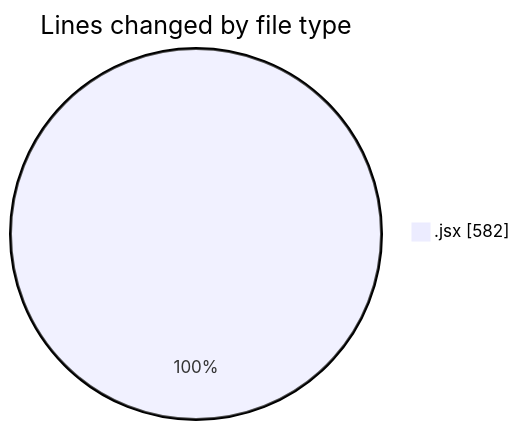
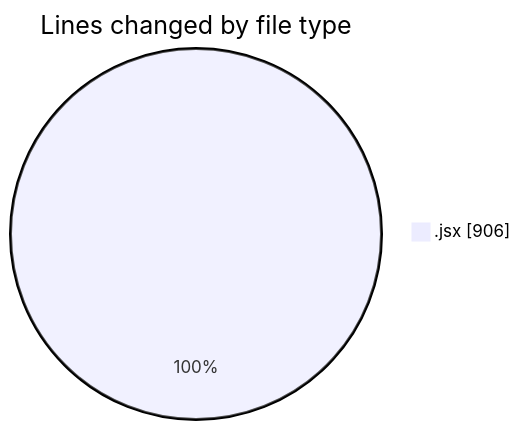
One commit to nxtqubesakshisongat/code-tracking changed the first of 2 diagrams in 2025-07-03/argos/README.md. Above: the diagram before and after it, drawn with Mermaid. The commit also changed other lines of this file and 1 other file, not shown here.

````diff
--- a/2025-07-03/argos/README.md
+++ b/2025-07-03/argos/README.md
@@ -20,5 +21,5 @@
 ```mermaid
 pie showData
 title Lines changed by file type
-".jsx" : 582
+".jsx" : 906
 ```
````
